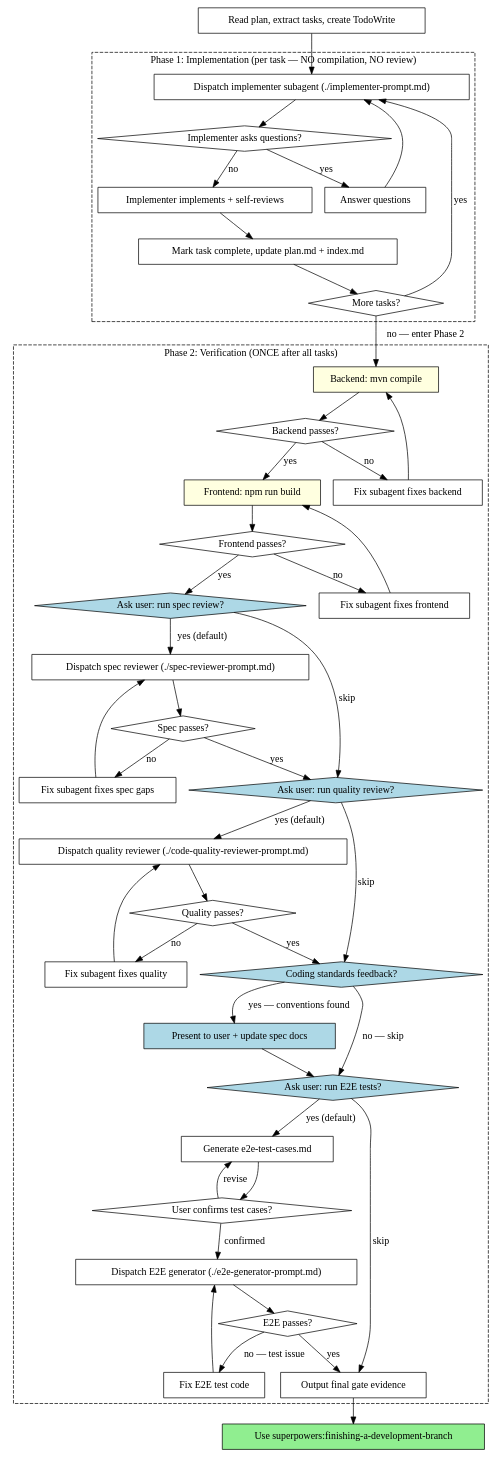
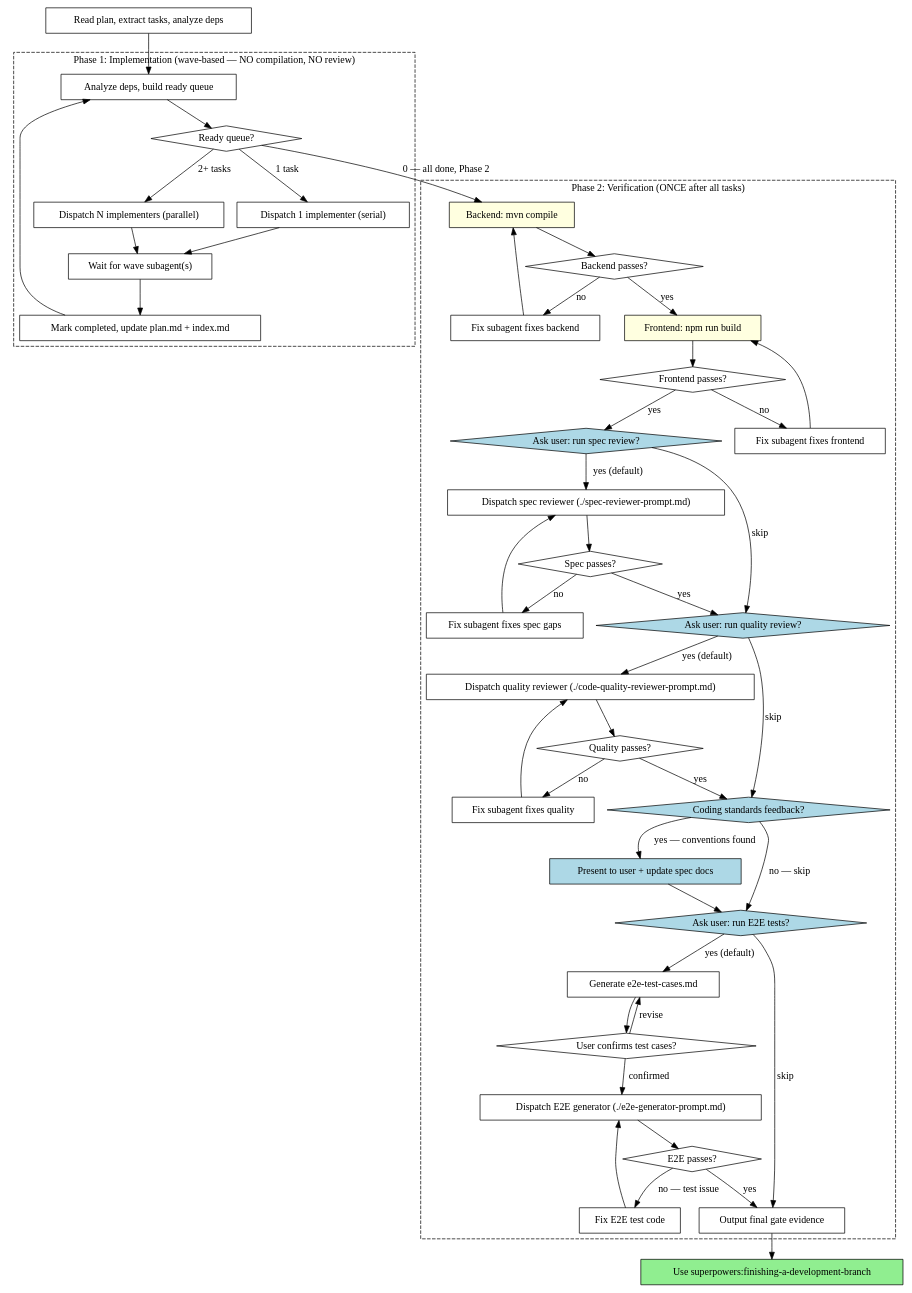
The second of 2 diagrams in skills/subagent-driven-development/SKILL.md (786153747/superpowers), drawn with Graphviz before and after one commit. The commit also changed other lines of this file and 6 other files, not shown here.

```diff
--- a/skills/subagent-driven-development/SKILL.md
+++ b/skills/subagent-driven-development/SKILL.md
@@ -60,14 +64,14 @@
     rankdir=TB;
 
     subgraph cluster_phase1 {
-        label="Phase 1: Implementation (per task — NO compilation, NO review)";
+        label="Phase 1: Implementation (wave-based — NO compilation, NO review)";
         style=dashed;
-        "Dispatch implementer subagent (./implementer-prompt.md)" [shape=box];
-        "Implementer asks questions?" [shape=diamond];
-        "Answer questions" [shape=box];
-        "Implementer implements + self-reviews" [shape=box];
-        "Mark task complete, update plan.md + index.md" [shape=box];
-        "More tasks?" [shape=diamond];
+        "Analyze deps, build ready queue" [shape=box];
+        "Ready queue?" [shape=diamond];
+        "Dispatch 1 implementer (serial)" [shape=box];
+        "Dispatch N implementers (parallel)" [shape=box];
+        "Wait for wave subagent(s)" [shape=box];
+        "Mark completed, update plan.md + index.md" [shape=box];
     }
 
     subgraph cluster_phase2 {
@@ -98,18 +102,18 @@
         "Output final gate evidence" [shape=box];
     }
 
-    "Read plan, extract tasks, create TodoWrite" [shape=box];
+    "Read plan, extract tasks, analyze deps" [shape=box];
     "Use superpowers:finishing-a-development-branch" [shape=box style=filled fillcolor=lightgreen];
 
-    "Read plan, extract tasks, create TodoWrite" -> "Dispatch implementer subagent (./implementer-prompt.md)";
-    "Dispatch implementer subagent (./implementer-prompt.md)" -> "Implementer asks questions?";
-    "Implementer asks questions?" -> "Answer questions" [label="yes"];
-    "Answer questions" -> "Dispatch implementer subagent (./implementer-prompt.md)";
-    "Implementer asks questions?" -> "Implementer implements + self-reviews" [label="no"];
-    "Implementer implements + self-reviews" -> "Mark task complete, update plan.md + index.md";
-    "Mark task complete, update plan.md + index.md" -> "More tasks?";
-    "More tasks?" -> "Dispatch implementer subagent (./implementer-prompt.md)" [label="yes"];
-    "More tasks?" -> "Backend: mvn compile" [label="no — enter Phase 2"];
+    "Read plan, extract tasks, analyze deps" -> "Analyze deps, build ready queue";
+    "Analyze deps, build ready queue" -> "Ready queue?";
+    "Ready queue?" -> "Dispatch 1 implementer (serial)" [label="1 task"];
+    "Ready queue?" -> "Dispatch N implementers (parallel)" [label="2+ tasks"];
+    "Ready queue?" -> "Backend: mvn compile" [label="0 — all done, Phase 2"];
+    "Dispatch 1 implementer (serial)" -> "Wait for wave subagent(s)";
+    "Dispatch N implementers (parallel)" -> "Wait for wave subagent(s)";
+    "Wait for wave subagent(s)" -> "Mark completed, update plan.md + index.md";
+    "Mark completed, update plan.md + index.md" -> "Analyze deps, build ready queue";
 
     "Backend: mvn compile" -> "Backend passes?";
     "Backend passes?" -> "Fix subagent fixes backend" [label="no"];
```
